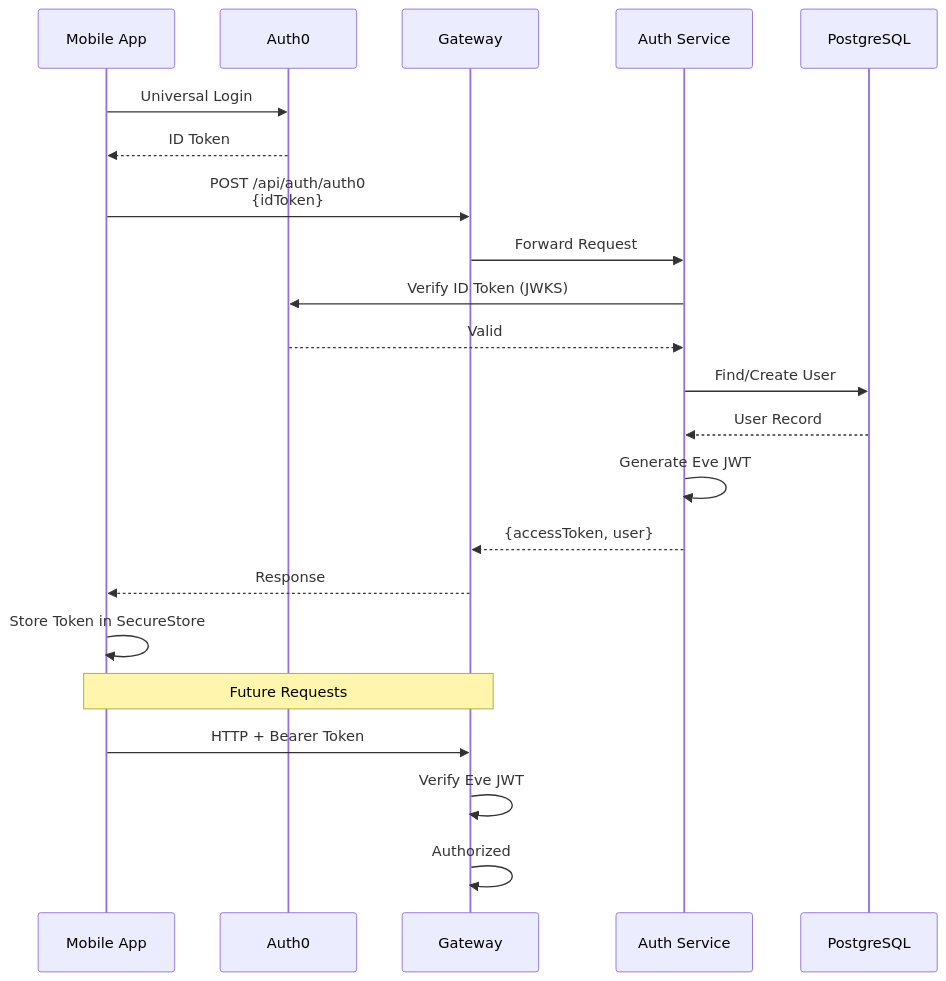
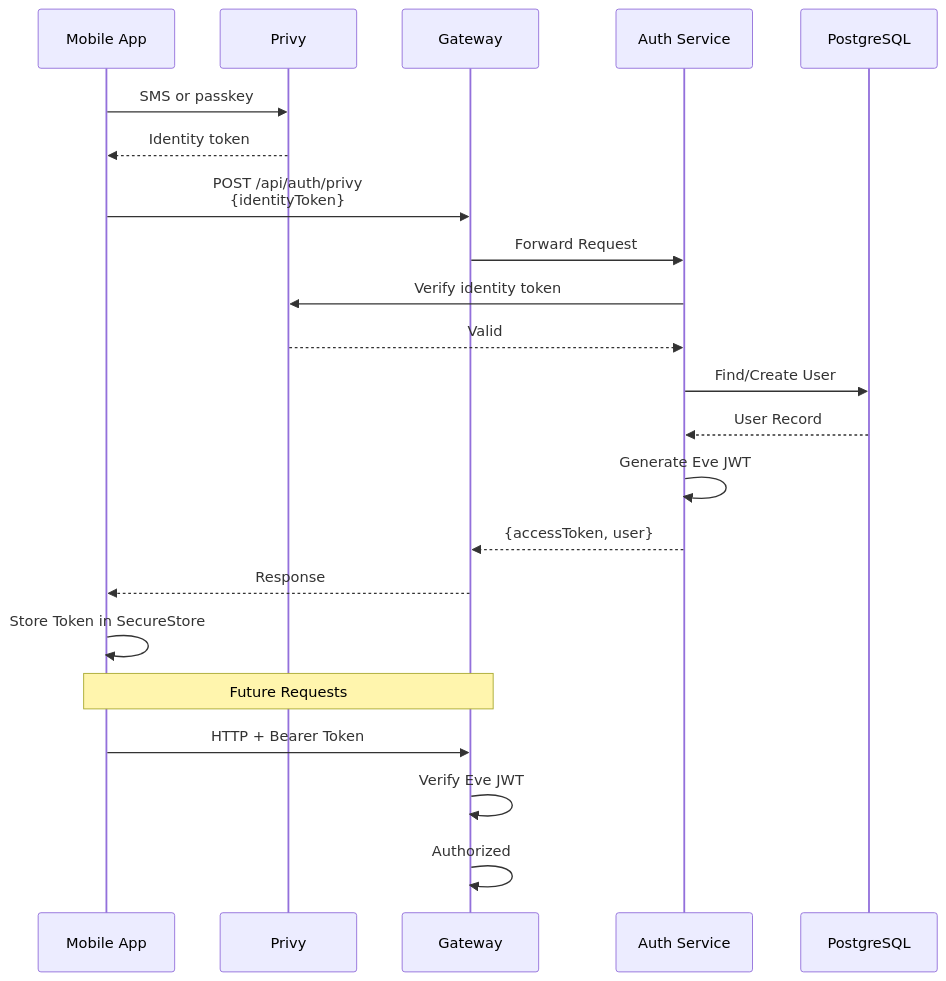
One commit to 13x54n/Eve changed the sixth of 11 diagrams in ARCHITECTURE.md. Above: the diagram before and after it, drawn with Mermaid. The commit also changed other lines of this file and 93 other files, not shown here.

First line of the commit message:
Replace Auth0 with Privy SMS, passkeys, and embedded wallets

````diff
--- a/ARCHITECTURE.md
+++ b/ARCHITECTURE.md
@@ -441,26 +441,26 @@
 ```mermaid
 sequenceDiagram
     participant App as Mobile App
-    participant Auth0
+    participant Privy
     participant Gateway
     participant AuthSvc as Auth Service
     participant DB as PostgreSQL
 
-    App->>Auth0: Universal Login
-    Auth0-->>App: ID Token
-    App->>Gateway: POST /api/auth/auth0<br/>{idToken}
+    App->>Privy: SMS or passkey
+    Privy-->>App: Identity token
+    App->>Gateway: POST /api/auth/privy<br/>{identityToken}
     Gateway->>AuthSvc: Forward Request
-    AuthSvc->>Auth0: Verify ID Token (JWKS)
-    Auth0-->>AuthSvc: Valid
+    AuthSvc->>Privy: Verify identity token
+    Privy-->>AuthSvc: Valid
     AuthSvc->>DB: Find/Create User
     DB-->>AuthSvc: User Record
     AuthSvc->>AuthSvc: Generate Eve JWT
     AuthSvc-->>Gateway: {accessToken, user}
     Gateway-->>App: Response
     App->>App: Store Token in SecureStore
     
     Note over App,Gateway: Future Requests
     App->>Gateway: HTTP + Bearer Token
     Gateway->>Gateway: Verify Eve JWT
     Gateway->>Gateway: Authorized
 ```
````
